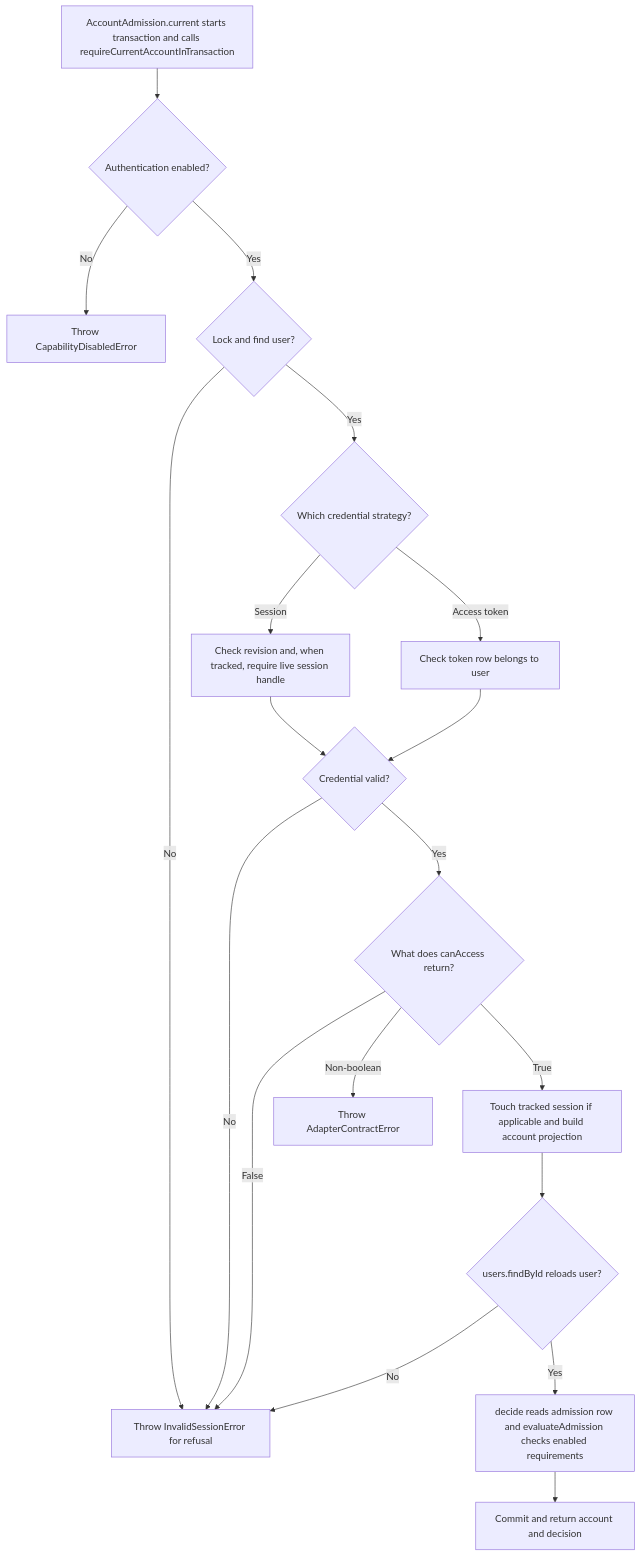
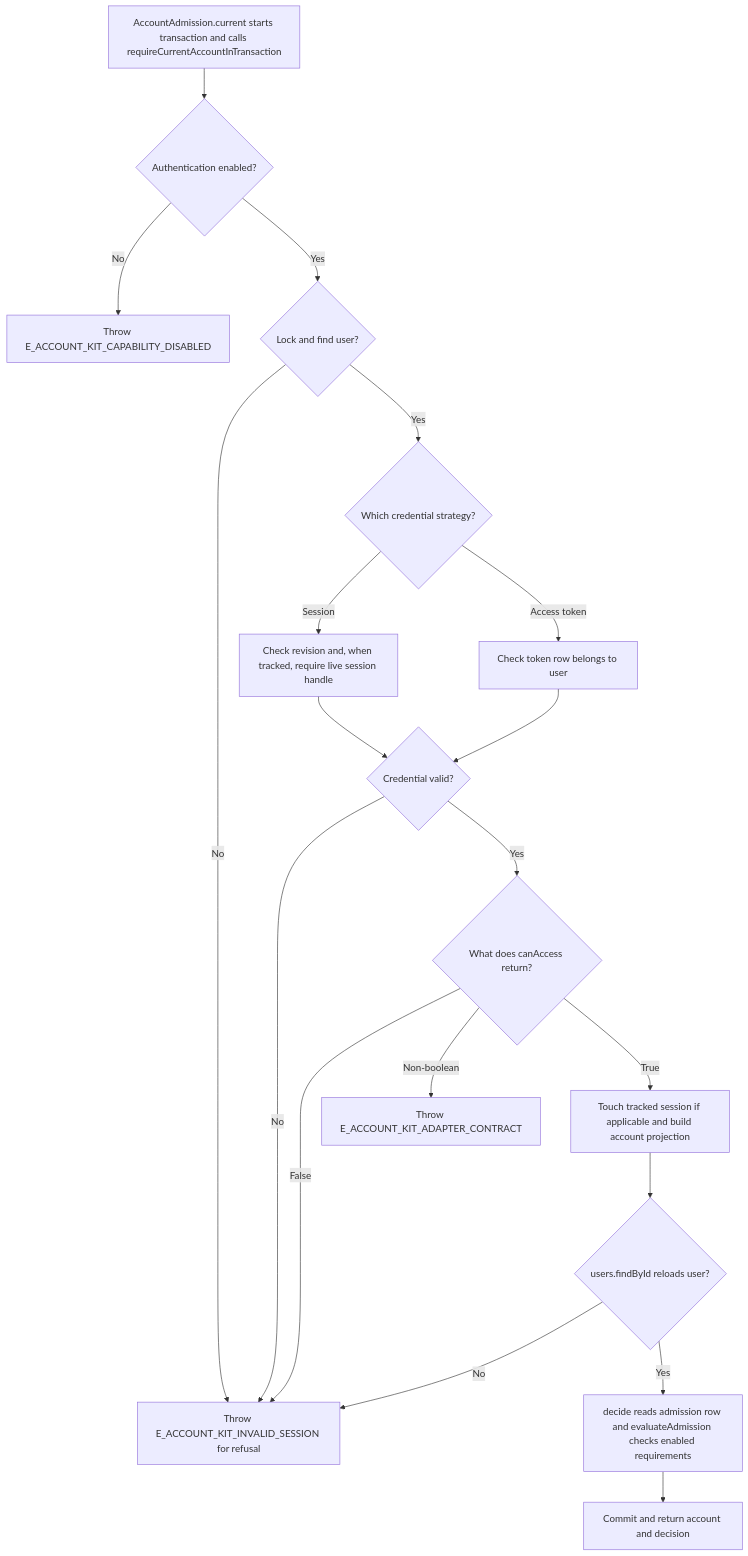
Before and after one commit to Kevinjohn/oss-adonisjs-account-kit: the second of 2 diagrams in user-stories/US-ACCOUNT-56-read-current-admission-status.md, drawn with Mermaid. The commit also changed other lines of this file and 362 other files, not shown here.

````diff
--- a/user-stories/US-ACCOUNT-56-read-current-admission-status.md
+++ b/user-stories/US-ACCOUNT-56-read-current-admission-status.md
@@ -32,21 +32,21 @@
 ```mermaid
 flowchart TD
  A["AccountAdmission.current starts transaction and calls requireCurrentAccountInTransaction"] --> B{"Authentication enabled?"}
- B -->|No| L["Throw CapabilityDisabledError"]
+ B -->|No| L["Throw E_ACCOUNT_KIT_CAPABILITY_DISABLED"]
  B -->|Yes| M{"Lock and find user?"}
  M -->|No| G
  M -->|Yes| C{"Which credential strategy?"}
  C -->|Session| D["Check revision and, when tracked, require live session handle"]
  C -->|Access token| E["Check token row belongs to user"]
  D --> F{"Credential valid?"}
  E --> F
- F -->|No| G["Throw InvalidSessionError for refusal"]
+ F -->|No| G["Throw E_ACCOUNT_KIT_INVALID_SESSION for refusal"]
  F -->|Yes| N{"What does canAccess return?"}
  N -->|False| G
- N -->|Non-boolean| O["Throw AdapterContractError"]
+ N -->|Non-boolean| O["Throw E_ACCOUNT_KIT_ADAPTER_CONTRACT"]
  N -->|True| H["Touch tracked session if applicable and build account projection"]
  H --> I{"users.findById reloads user?"}
  I -->|No| G
  I -->|Yes| J["decide reads admission row and evaluateAdmission checks enabled requirements"]
  J --> K["Commit and return account and decision"]
 ```
````
